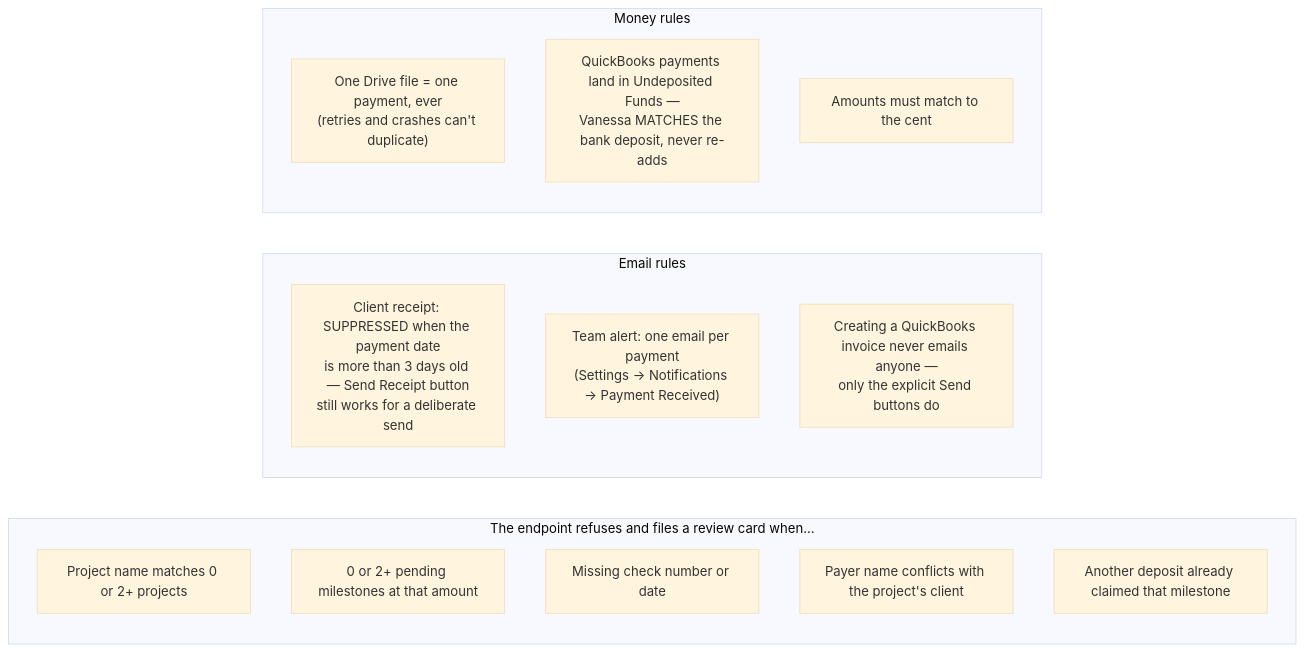
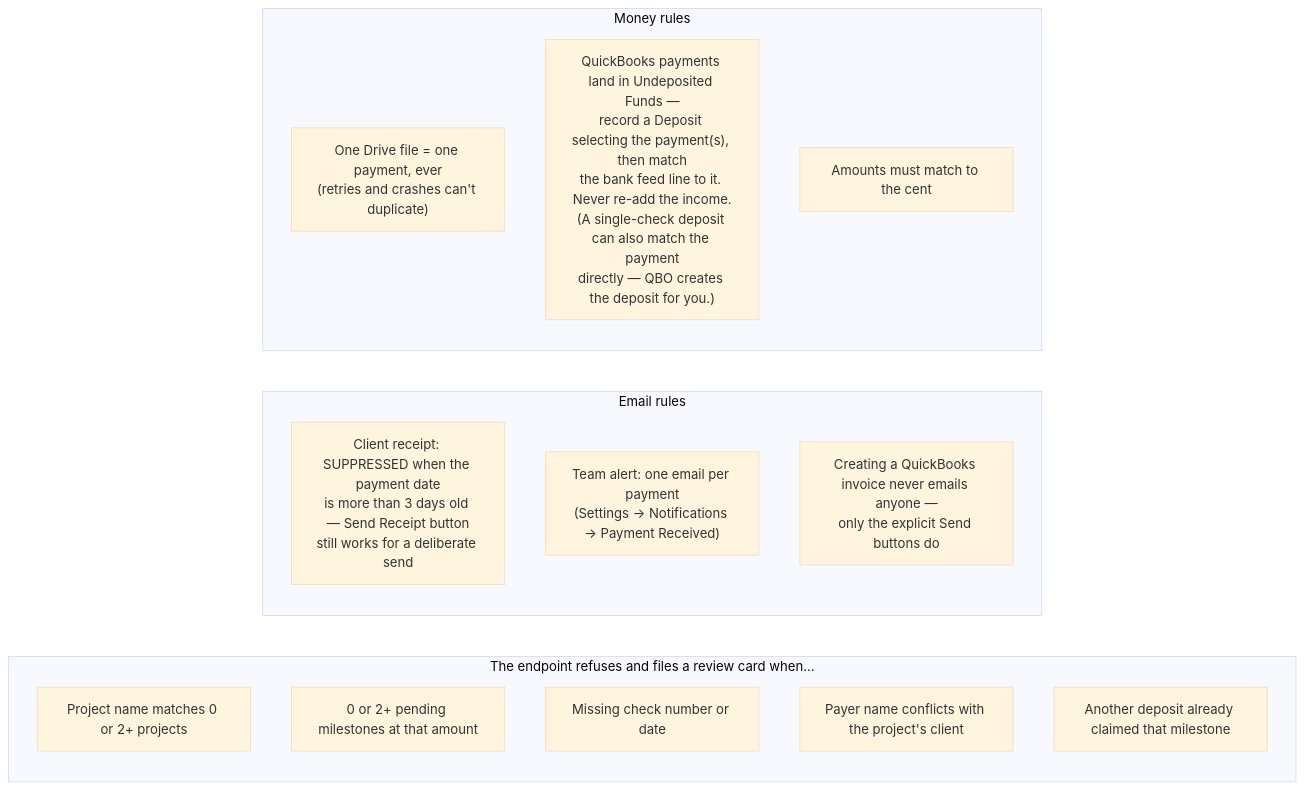
One commit to Clarion1631/probuild changed the second of 3 diagrams in docs/DEPOSIT-PIPELINE.md. Above: the diagram before and after it, drawn with Mermaid (base theme). The commit also changed other lines of this file, not shown here.

First line of the commit message:
docs(deposit-pipeline): adopt Vanessa's deposit-then-match workflow

````diff
--- a/docs/DEPOSIT-PIPELINE.md
+++ b/docs/DEPOSIT-PIPELINE.md
@@ -32,20 +32,20 @@
 ```mermaid
 flowchart LR
     subgraph Refuses["The endpoint refuses and files a review card when…"]
         R1["Project name matches 0 or 2+ projects"]
         R2["0 or 2+ pending milestones at that amount"]
         R3["Missing check number or date"]
         R4["Payer name conflicts with the project's client"]
         R5["Another deposit already claimed that milestone"]
     end
     subgraph Emails["Email rules"]
         E1["Client receipt: SUPPRESSED when the payment date<br/>is more than 3 days old — Send Receipt button<br/>still works for a deliberate send"]
         E2["Team alert: one email per payment<br/>(Settings → Notifications → Payment Received)"]
         E3["Creating a QuickBooks invoice never emails anyone —<br/>only the explicit Send buttons do"]
     end
     subgraph Money["Money rules"]
         M1["One Drive file = one payment, ever<br/>(retries and crashes can't duplicate)"]
-        M2["QuickBooks payments land in Undeposited Funds —<br/>Vanessa MATCHES the bank deposit, never re-adds"]
+        M2["QuickBooks payments land in Undeposited Funds —<br/>record a Deposit selecting the payment(s), then match<br/>the bank feed line to it. Never re-add the income.<br/>(A single-check deposit can also match the payment<br/>directly — QBO creates the deposit for you.)"]
         M3["Amounts must match to the cent"]
     end
 ```
````
